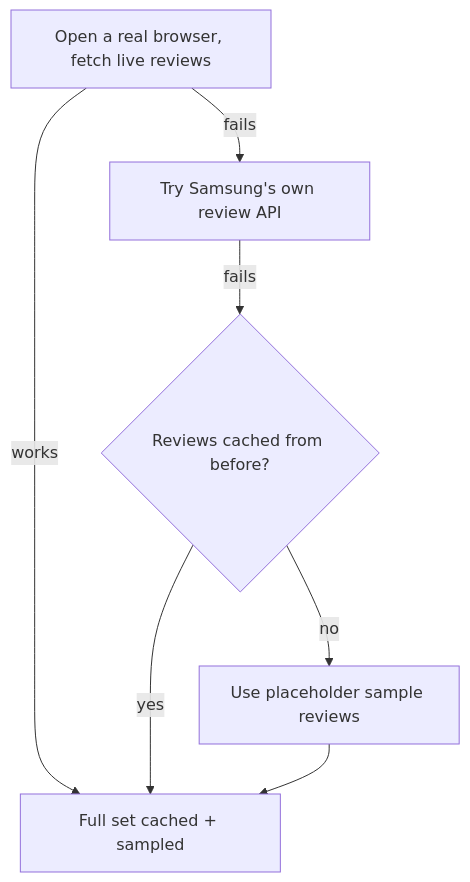
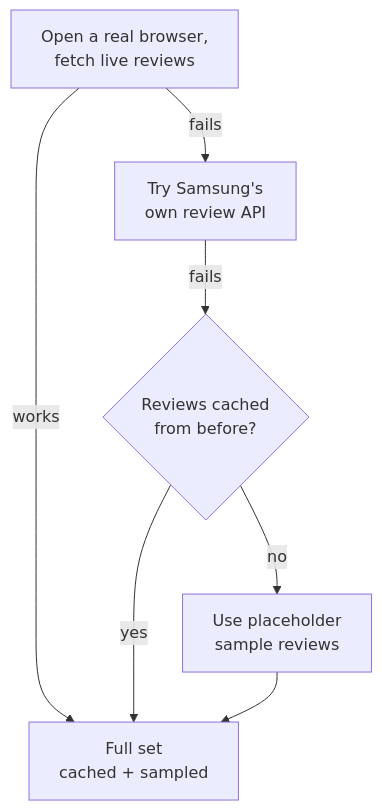
Before and after one commit to dianakang/voc-intelligence-platform: the second of 4 diagrams in README.md, drawn with Mermaid. The commit also changed other lines of this file, not shown here.

````diff
--- a/README.md
+++ b/README.md
@@ -49,9 +49,9 @@
 ```mermaid
 flowchart TD
-    A[Open a real browser, fetch live reviews] -->|works| E[Full set cached + sampled]
-    A -->|fails| B[Try Samsung's own review API]
-    B -->|fails| C{Reviews cached from before?}
+    A["Open a real browser,<br/>fetch live reviews"] -->|works| E["Full set<br/>cached + sampled"]
+    A -->|fails| B["Try Samsung's<br/>own review API"]
+    B -->|fails| C{"Reviews cached<br/>from before?"}
     C -->|yes| E
-    C -->|no| D[Use placeholder sample reviews]
+    C -->|no| D["Use placeholder<br/>sample reviews"]
     D --> E
 ```
````
